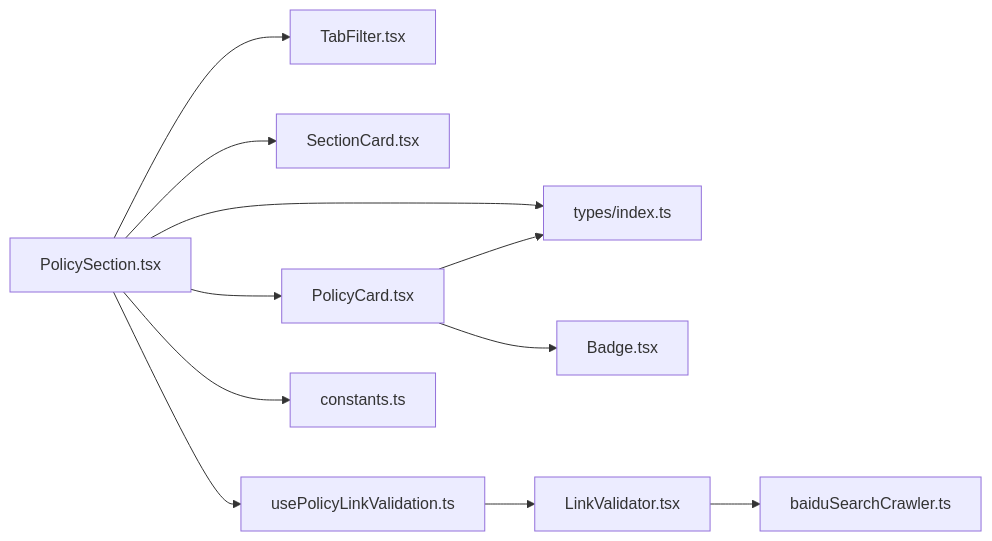
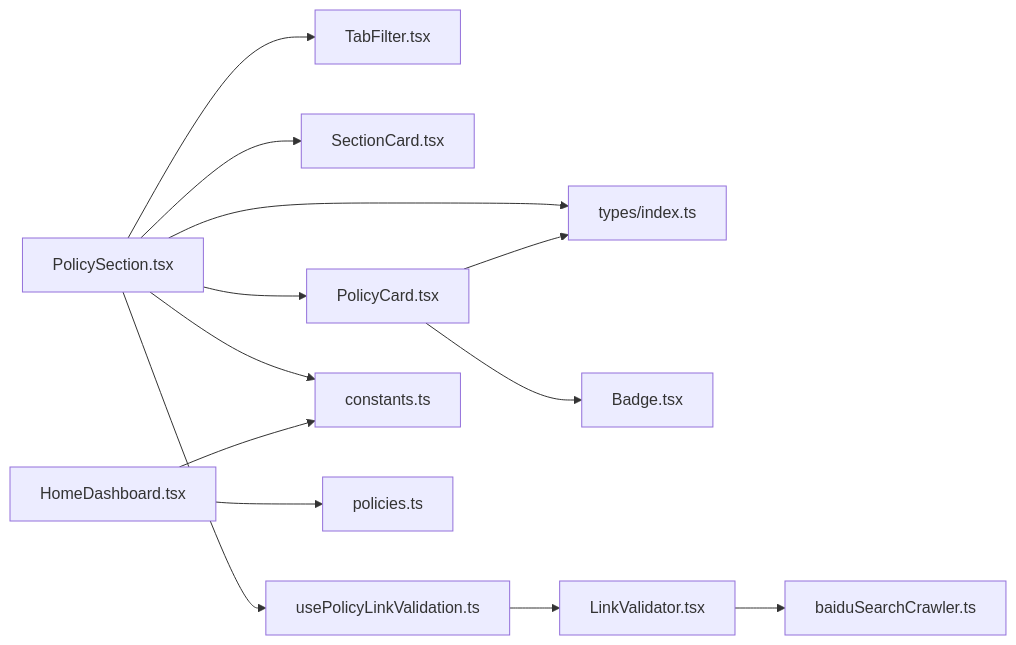
Before and after one commit to liangxuanliang-cmd/carbon-info-agent: diagram 13 of 13 in .qoder/repowiki/zh/content/功能模块/政策信息模块.md, drawn with Mermaid. The commit also changed other lines of this file and 8 other files, not shown here.

````diff
--- a/.qoder/repowiki/zh/content/功能模块/政策信息模块.md
+++ b/.qoder/repowiki/zh/content/功能模块/政策信息模块.md
@@ -427,13 +471,15 @@
 ```mermaid
 graph LR
 PS["PolicySection.tsx"] --> TF["TabFilter.tsx"]
 PS --> SC["SectionCard.tsx"]
 PS --> PC["PolicyCard.tsx"]
 PS --> HOOK["usePolicyLinkValidation.ts"]
 PS --> CONST["constants.ts"]
 PS --> TYPES["types/index.ts"]
 PC --> BD["Badge.tsx"]
 PC --> TYPES
 HOOK --> LV["LinkValidator.tsx"]
 LV --> BC["baiduSearchCrawler.ts"]
+HD["HomeDashboard.tsx"] --> DATA["policies.ts"]
+HD --> CONST
 ```
````
